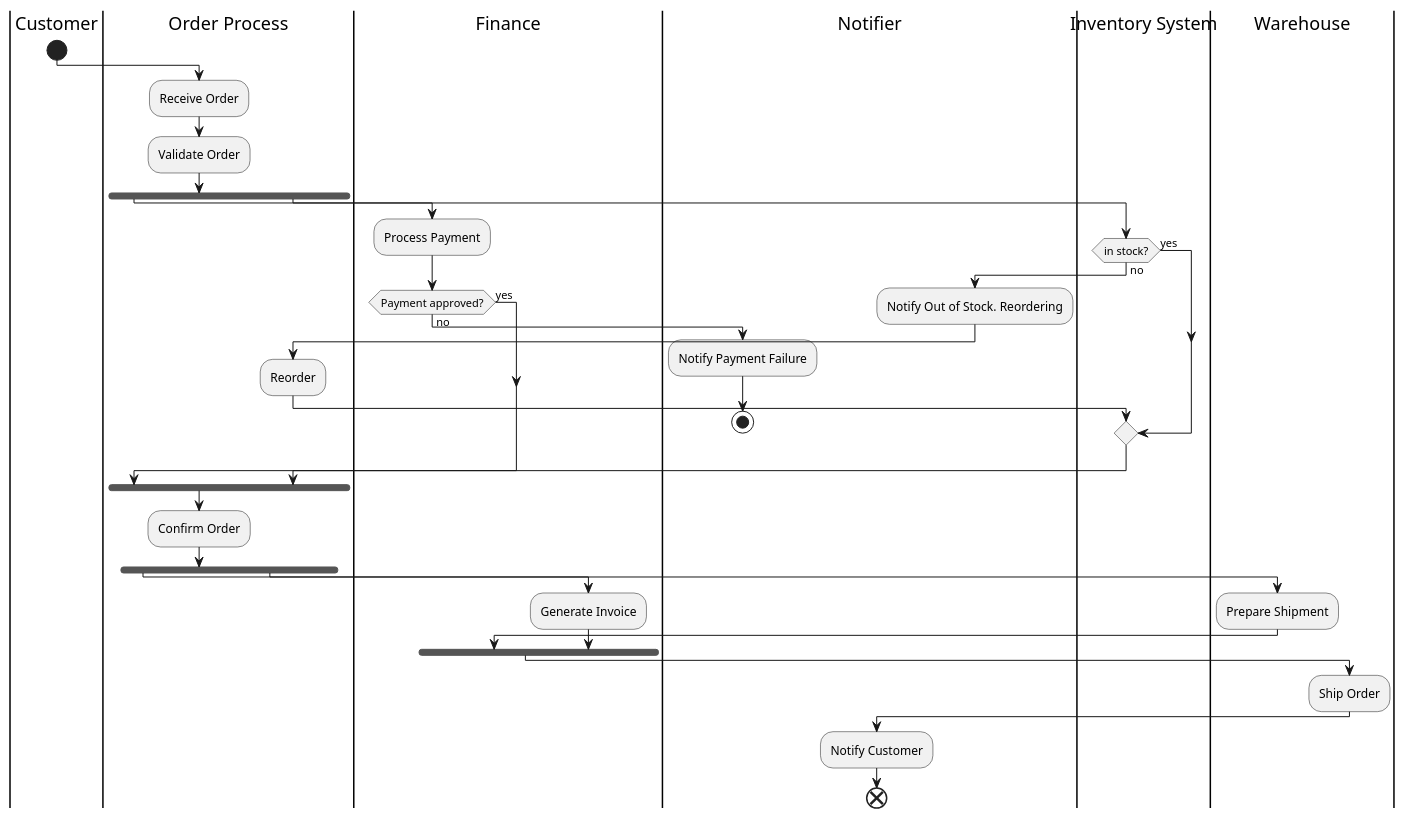
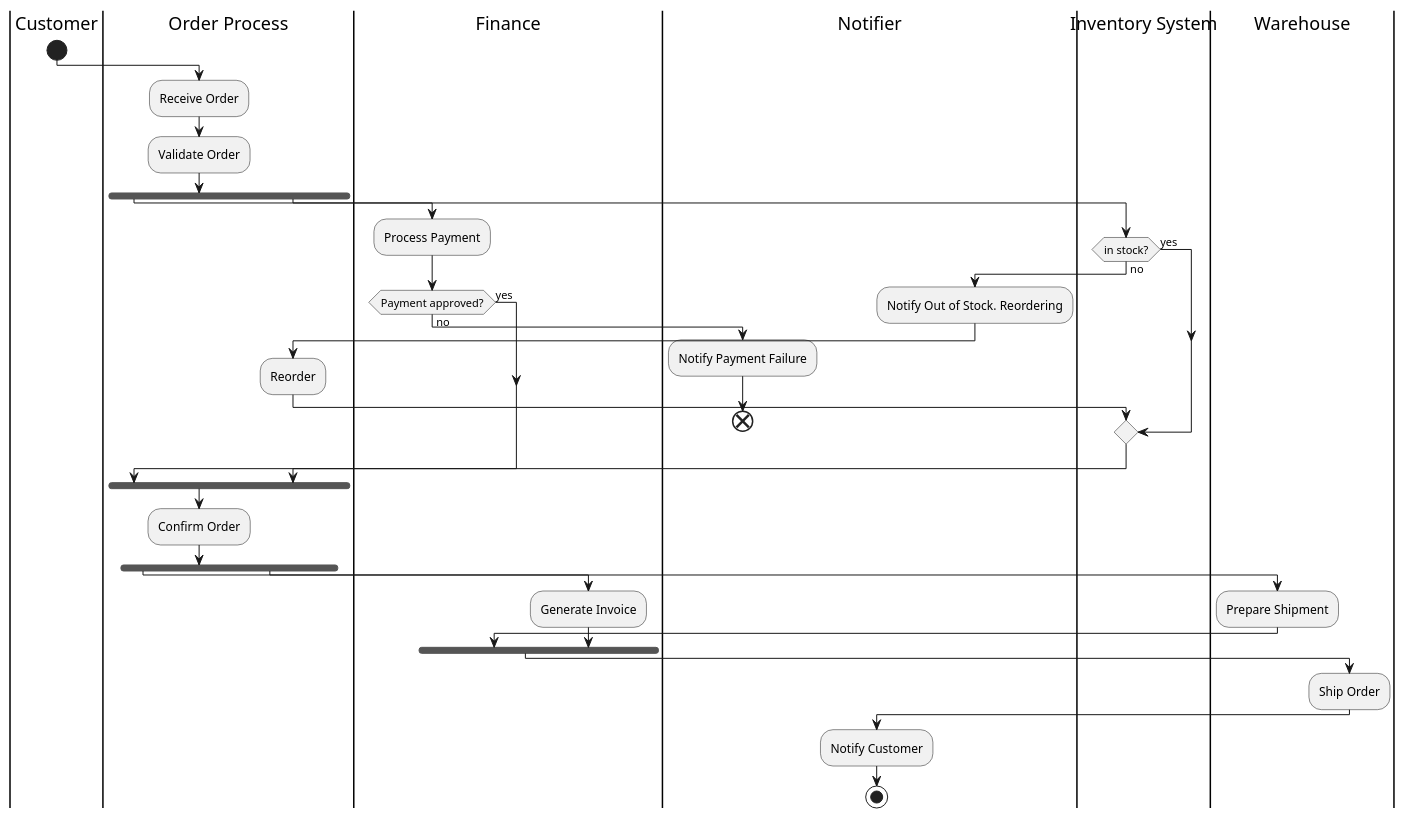
The second of 2 diagrams in class/amss2025/lab/Lab04.md (traiansf/traiansf.github.io), drawn with PlantUML before and after one commit. The commit also changed 2 other files, not shown here.

Commit message:
Added link to class 8

````diff
--- a/class/amss2025/lab/Lab04.md
+++ b/class/amss2025/lab/Lab04.md
@@ -72,42 +72,42 @@
 ```plantuml
 @startuml
 |Customer|
 start
 |Order Process|
 :Receive Order;
 :Validate Order;
 fork
   |Finance|
   :Process Payment;
   if (Payment approved?) then (yes)
   else (no)
     |Notifier|
     :Notify Payment Failure;
-    stop
+    end
   endif
 fork again
   |Inventory System|
   if (in stock?) then (yes)
   else (no)
     |Notifier|
     :Notify Out of Stock. Reordering;
     |Order Process|
     :Reorder;
   endif
 end fork
 |Order Process|
 :Confirm Order;
 fork
     |Warehouse|
     :Prepare Shipment;
 fork again
     |Finance|
     :Generate Invoice;
 end fork
 |Warehouse|
 :Ship Order;
 |Notifier|
 :Notify Customer;
-end
+stop
 @enduml
 ```
````
